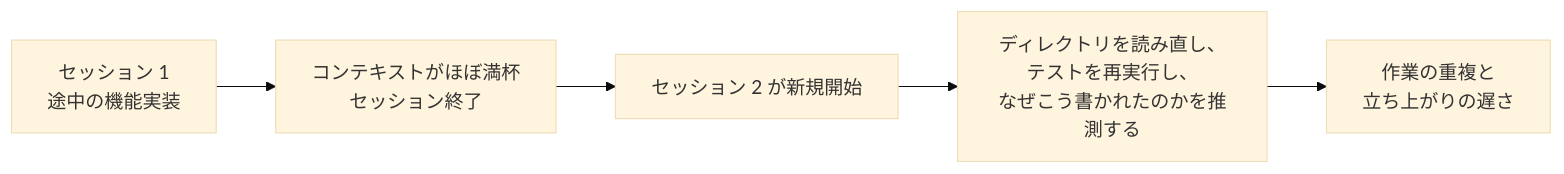
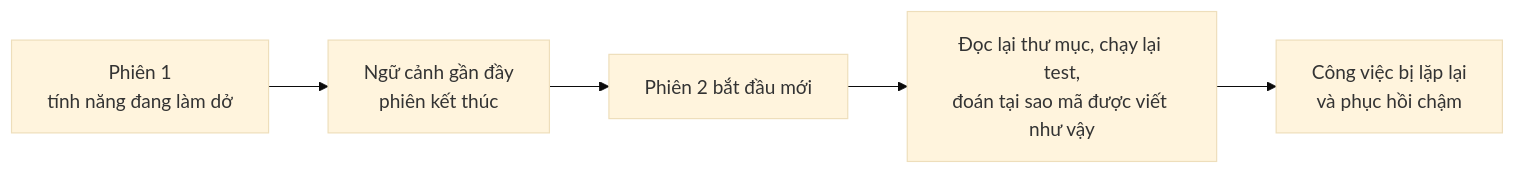
The first of 2 diagrams in docs/vi/lectures/lecture-05-why-long-running-tasks-lose-continuity/index.md (mkusaka/learn-harness-engineering), drawn with Mermaid (base theme) before and after one commit. The commit also changed other lines of this file and 684 other files, not shown here.

````diff
--- a/docs/vi/lectures/lecture-05-why-long-running-tasks-lose-continuity/index.md
+++ b/docs/vi/lectures/lecture-05-why-long-running-tasks-lose-continuity/index.md
@@ -26,7 +26,7 @@
 ```mermaid
 flowchart LR
-    S1["セッション 1<br/>途中の機能実装"] --> End1["コンテキストがほぼ満杯<br/>セッション終了"]
-    End1 --> S2["セッション 2 が新規開始"]
-    S2 --> Guess["ディレクトリを読み直し、テストを再実行し、<br/>なぜこう書かれたのかを推測する"]
-    Guess --> Drift["作業の重複と<br/>立ち上がりの遅さ"]
+    S1["Phiên 1<br/>tính năng đang làm dở"] --> End1["Ngữ cảnh gần đầy<br/>phiên kết thúc"]
+    End1 --> S2["Phiên 2 bắt đầu mới"]
+    S2 --> Guess["Đọc lại thư mục, chạy lại test,<br/>đoán tại sao mã được viết như vậy"]
+    Guess --> Drift["Công việc bị lặp lại<br/>và phục hồi chậm"]
 ```
````
